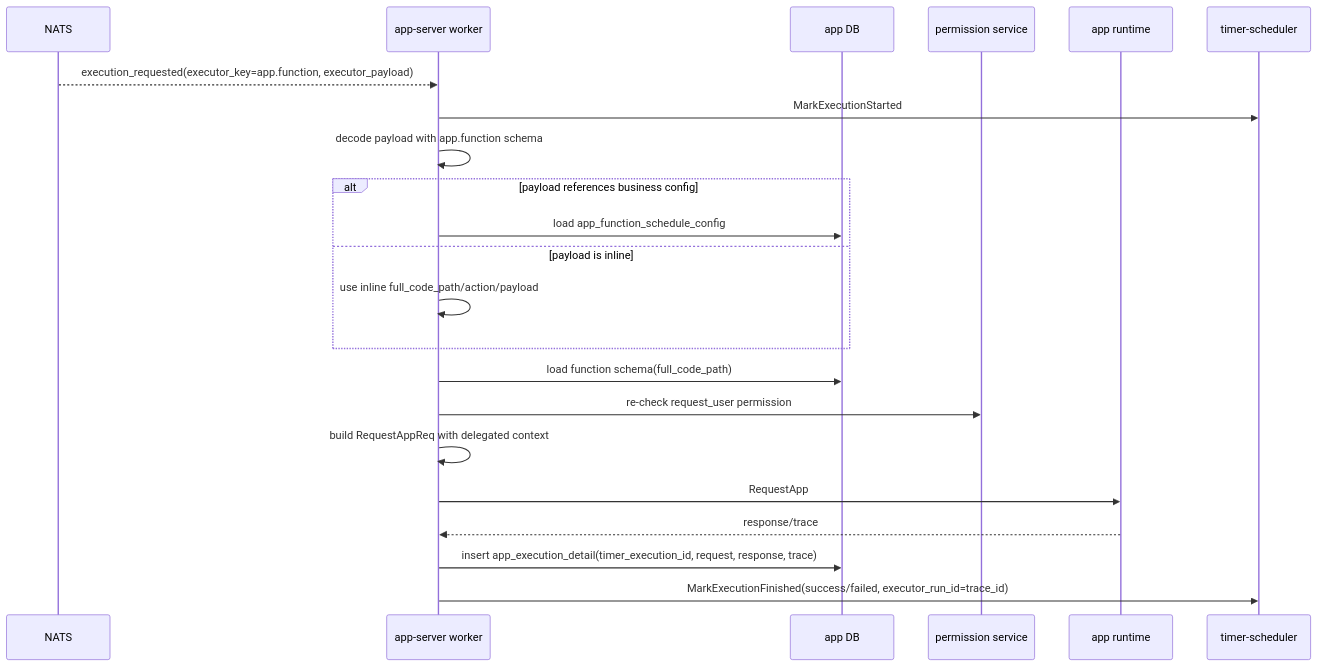
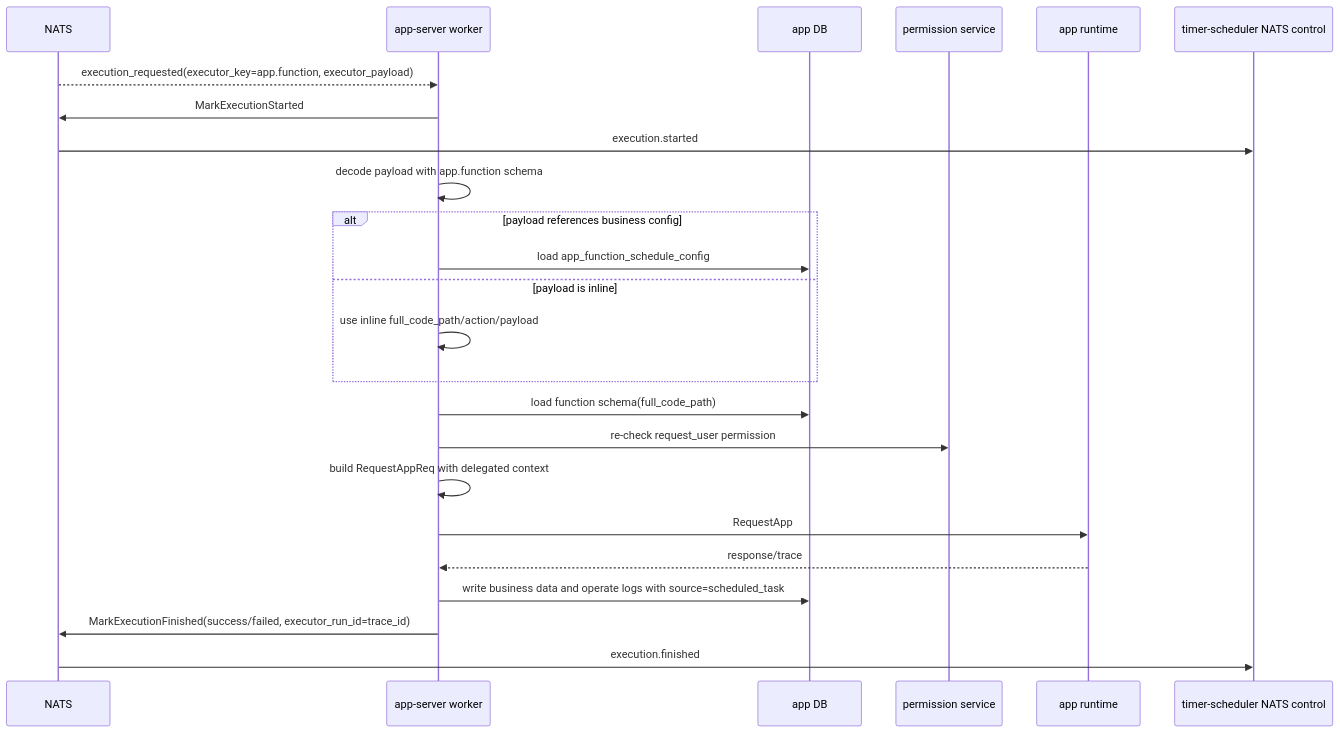
One commit to kageos/kageos changed diagram 11 of 19 in docs/scheduled-tasks-architecture-design.md. Above: the diagram before and after it, drawn with Mermaid. The commit also changed other lines of this file and 164 other files, not shown here.

````diff
--- a/docs/scheduled-tasks-architecture-design.md
+++ b/docs/scheduled-tasks-architecture-design.md
@@ -422,25 +467,27 @@
 ```mermaid
 sequenceDiagram
   participant NATS as NATS
   participant Worker as app-server worker
   participant AppDB as app DB
   participant Permission as permission service
   participant Runtime as app runtime
-  participant Timer as timer-scheduler
+  participant TimerControl as timer-scheduler NATS control
 
   NATS-->>Worker: execution_requested(executor_key=app.function, executor_payload)
-  Worker->>Timer: MarkExecutionStarted
+  Worker->>NATS: MarkExecutionStarted
+  NATS->>TimerControl: execution.started
   Worker->>Worker: decode payload with app.function schema
   alt payload references business config
     Worker->>AppDB: load app_function_schedule_config
   else payload is inline
     Worker->>Worker: use inline full_code_path/action/payload
   end
   Worker->>AppDB: load function schema(full_code_path)
   Worker->>Permission: re-check request_user permission
   Worker->>Worker: build RequestAppReq with delegated context
   Worker->>Runtime: RequestApp
   Runtime-->>Worker: response/trace
-  Worker->>AppDB: insert app_execution_detail(timer_execution_id, request, response, trace)
-  Worker->>Timer: MarkExecutionFinished(success/failed, executor_run_id=trace_id)
+  Worker->>AppDB: write business data and operate logs with source=scheduled_task
+  Worker->>NATS: MarkExecutionFinished(success/failed, executor_run_id=trace_id)
+  NATS->>TimerControl: execution.finished
 ```
````
